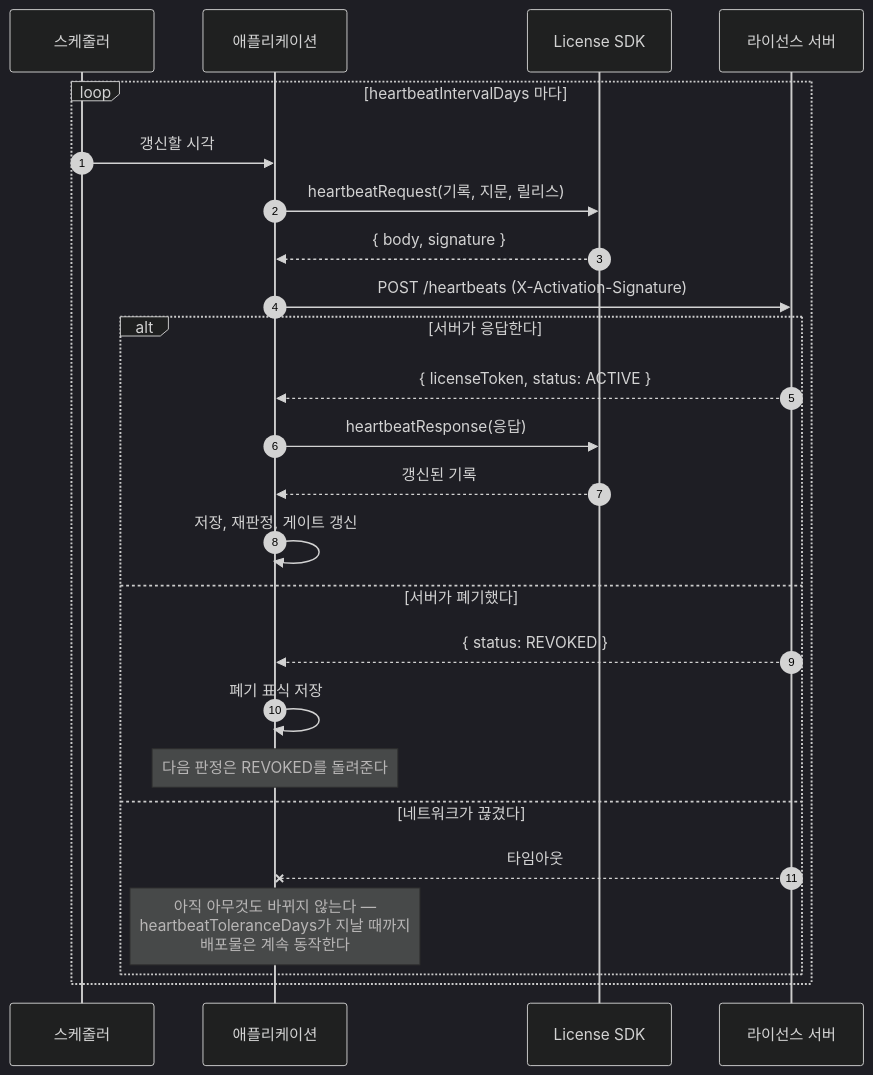
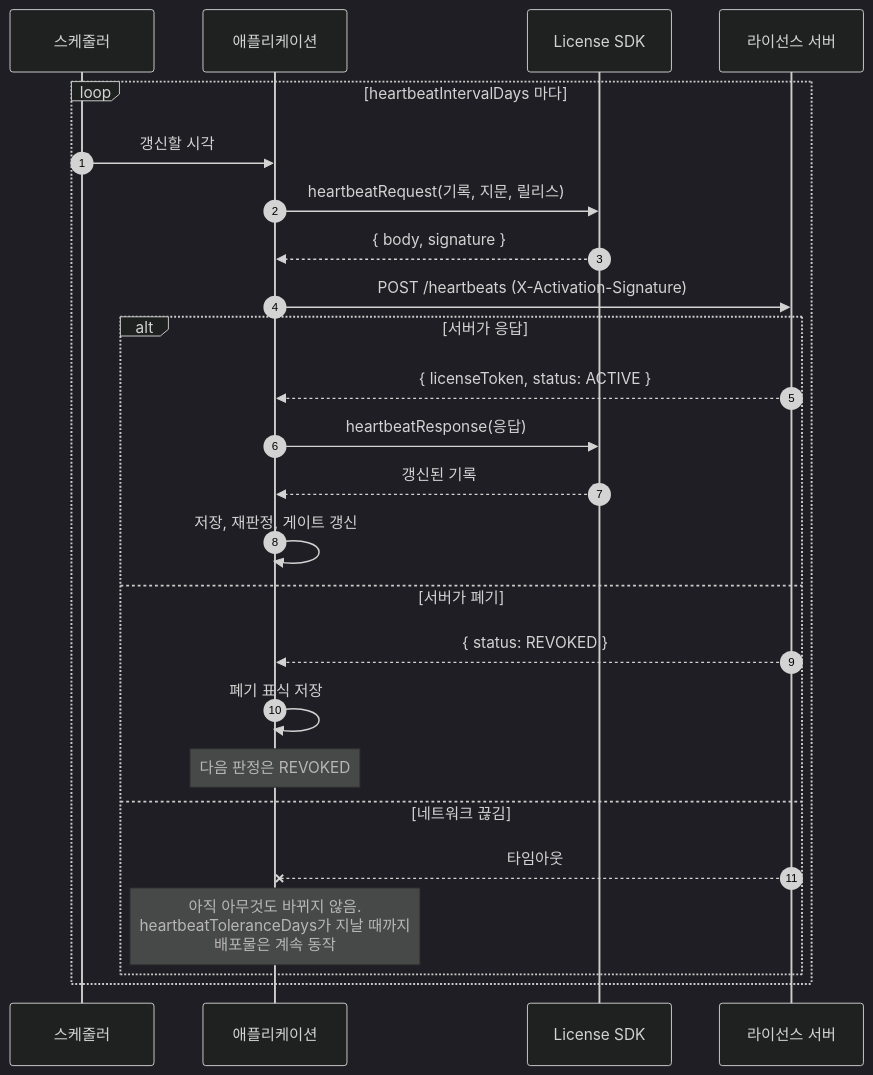
One commit to accesscore-dev/accesscore-license-sdk-dist changed the fourth of 7 diagrams in docs/manual/ko/concepts.md. Above: the diagram before and after it, drawn with Mermaid (dark theme). The commit also changed other lines of this file and 5 other files, not shown here.

````diff
--- a/docs/manual/ko/concepts.md
+++ b/docs/manual/ko/concepts.md
@@ -174,29 +178,29 @@
 ```mermaid
 sequenceDiagram
     autonumber
     participant Sch as 스케줄러
     participant App as 애플리케이션
     participant SDK as License SDK
     participant Srv as 라이선스 서버
 
     loop heartbeatIntervalDays 마다
         Sch->>App: 갱신할 시각
         App->>SDK: heartbeatRequest(기록, 지문, 릴리스)
         SDK-->>App: { body, signature }
         App->>Srv: POST /heartbeats  (X-Activation-Signature)
 
-        alt 서버가 응답한다
+        alt 서버가 응답
             Srv-->>App: { licenseToken, status: ACTIVE }
             App->>SDK: heartbeatResponse(응답)
             SDK-->>App: 갱신된 기록
             App->>App: 저장, 재판정, 게이트 갱신
-        else 서버가 폐기했다
+        else 서버가 폐기
             Srv-->>App: { status: REVOKED }
             App->>App: 폐기 표식 저장
-            Note over App: 다음 판정은 REVOKED를 돌려준다
-        else 네트워크가 끊겼다
+            Note over App: 다음 판정은 REVOKED
+        else 네트워크 끊김
             Srv--xApp: 타임아웃
-            Note over App: 아직 아무것도 바뀌지 않는다 —<br/>heartbeatToleranceDays가 지날 때까지<br/>배포물은 계속 동작한다
+            Note over App: 아직 아무것도 바뀌지 않음.<br/>heartbeatToleranceDays가 지날 때까지<br/>배포물은 계속 동작
         end
     end
 ```
````
